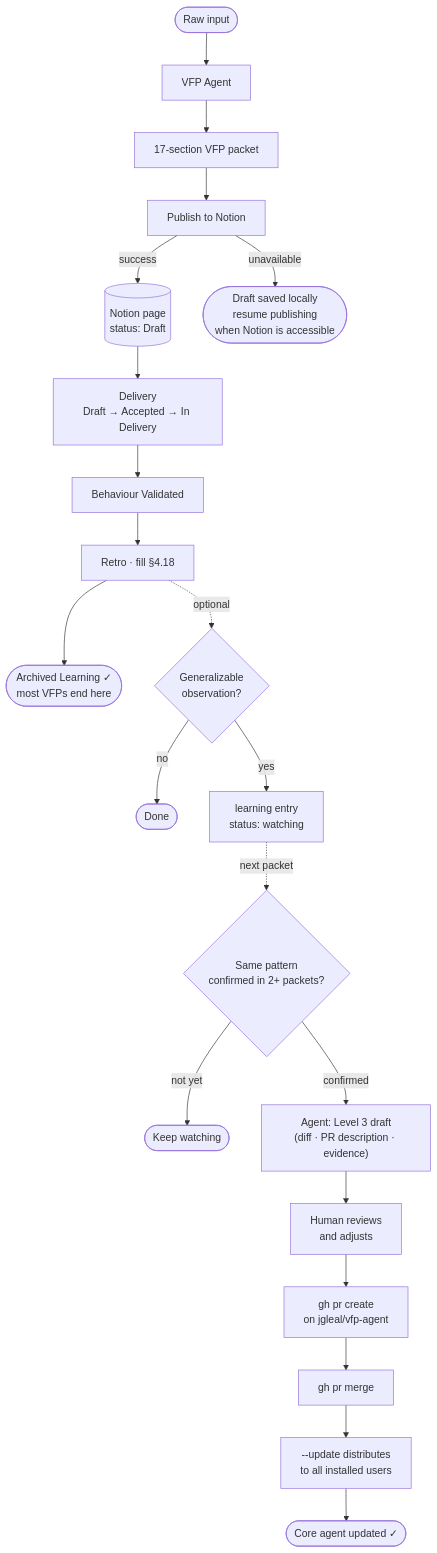
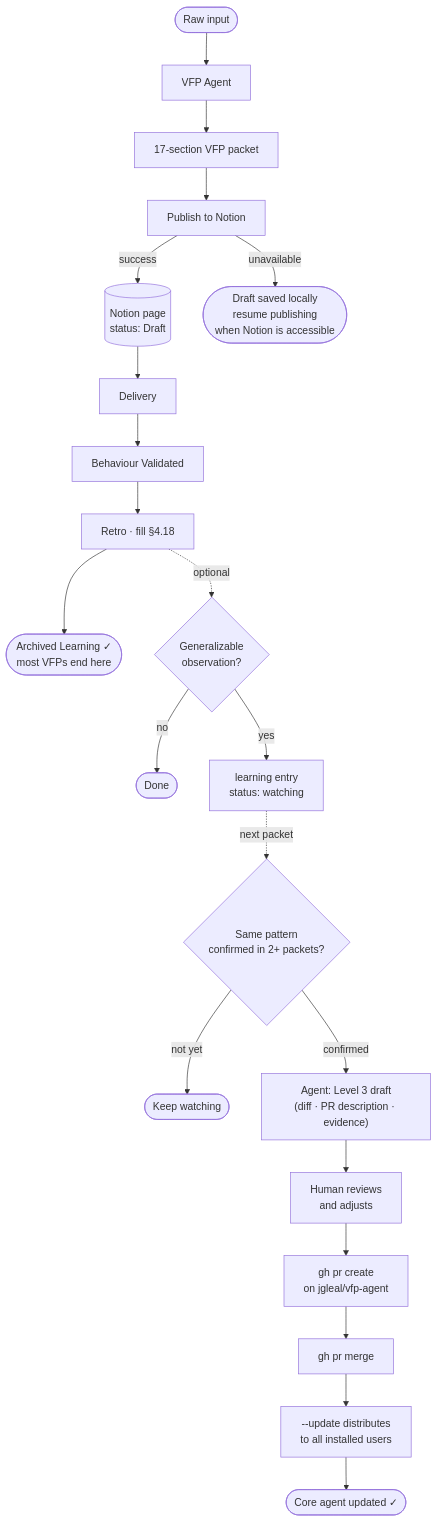
One commit to jgleal/vfp-agent changed the diagram in README.md. Above: the diagram before and after it, drawn with Mermaid.

Commit message:
fix: simplify Delivery box in flow diagram

````diff
--- a/README.md
+++ b/README.md
@@ -11,24 +11,24 @@
 ```mermaid
 flowchart TD
     A([Raw input]) --> B[VFP Agent]
     B --> C[17-section VFP packet]
     C --> D[Publish to Notion]
     D -- success --> E[(Notion page\nstatus: Draft)]
     D -- unavailable --> F([Draft saved locally\nresume publishing\nwhen Notion is accessible])
-    E --> G["Delivery\nDraft → Accepted → In Delivery"]
+    E --> G[Delivery]
     G --> H[Behaviour Validated]
     H --> I[Retro · fill §4.18]
     I --> J([Archived Learning ✓\nmost VFPs end here])
 
     I -.->|optional| K{Generalizable\nobservation?}
     K -- no --> L([Done])
     K -- yes --> M[learning entry\nstatus: watching]
     M -.->|next packet| N{Same pattern\nconfirmed in 2+ packets?}
     N -- not yet --> O([Keep watching])
     N -- confirmed --> P["Agent: Level 3 draft\n(diff · PR description · evidence)"]
     P --> Q[Human reviews\nand adjusts]
     Q --> R[gh pr create\non jgleal/vfp-agent]
     R --> S[gh pr merge]
     S --> T[--update distributes\nto all installed users]
     T --> U([Core agent updated ✓])
 ```
````
